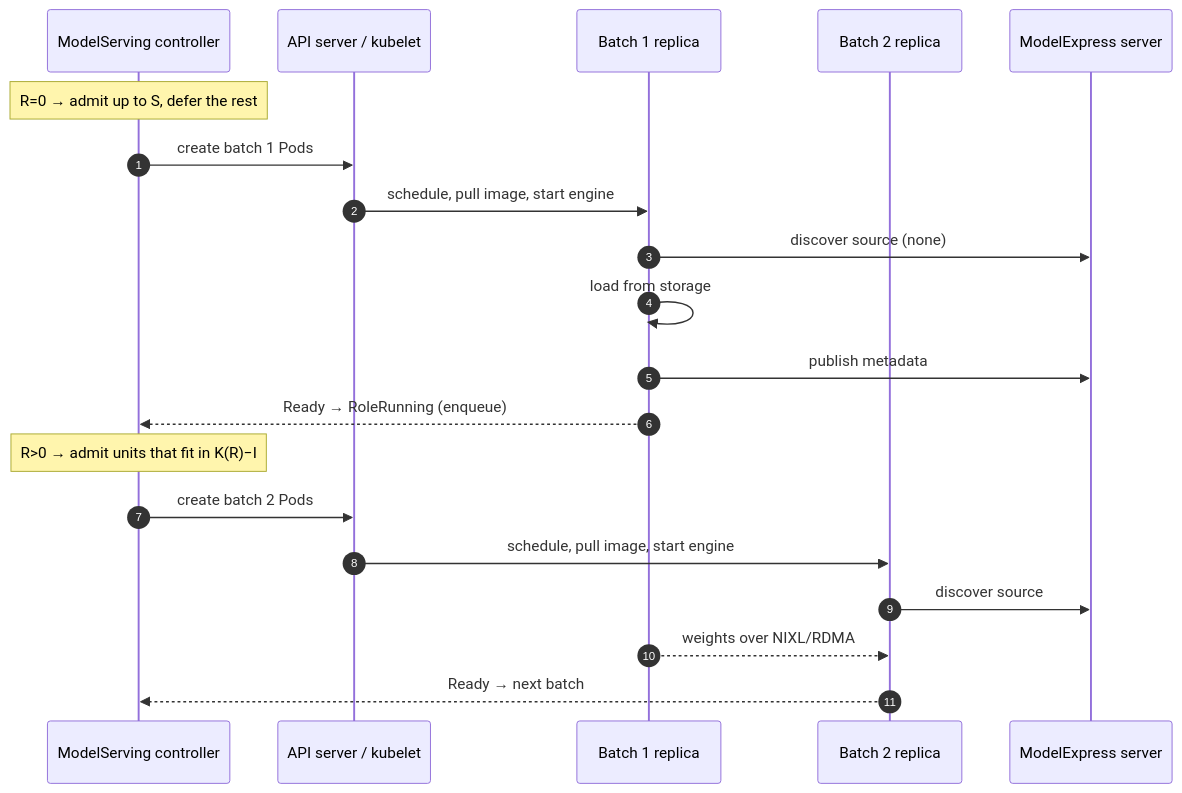
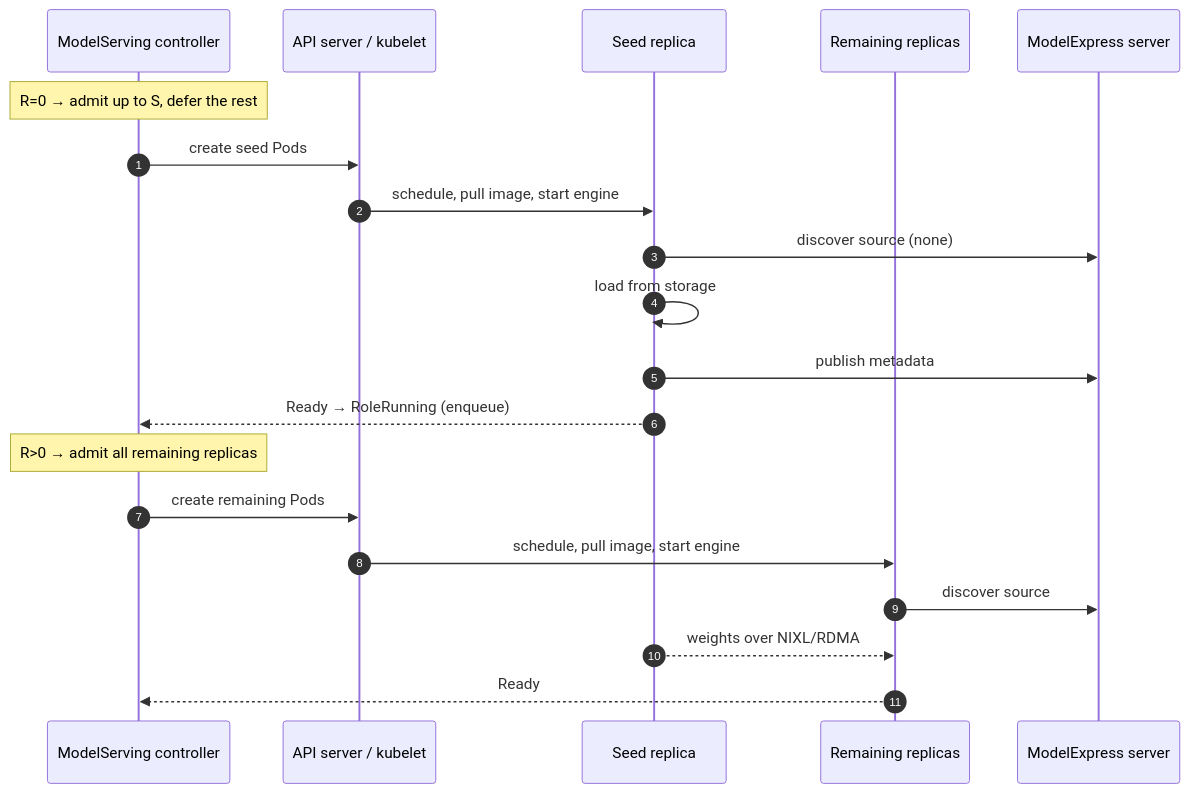
Before and after one commit to volcano-sh/kthena: the diagram in docs/proposal/modelserving-modelexpress-startup-acceleration.md, drawn with Mermaid. The commit also changed other lines of this file and 6 other files, not shown here.

````diff
--- a/docs/proposal/modelserving-modelexpress-startup-acceleration.md
+++ b/docs/proposal/modelserving-modelexpress-startup-acceleration.md
@@ -64,23 +64,23 @@
 ```mermaid
 sequenceDiagram
     autonumber
     participant C as ModelServing controller
     participant K as API server / kubelet
-    participant A as Batch 1 replica
-    participant B as Batch 2 replica
+    participant A as Seed replica
+    participant B as Remaining replicas
     participant MX as ModelExpress server
 
     Note over C: R=0 → admit up to S, defer the rest
-    C->>K: create batch 1 Pods
+    C->>K: create seed Pods
     K->>A: schedule, pull image, start engine
     A->>MX: discover source (none)
     A->>A: load from storage
     A->>MX: publish metadata
     A-->>C: Ready → RoleRunning (enqueue)
-    Note over C: R>0 → admit units that fit in K(R)−I
-    C->>K: create batch 2 Pods
+    Note over C: R>0 → admit all remaining replicas
+    C->>K: create remaining Pods
     K->>B: schedule, pull image, start engine
     B->>MX: discover source
     A-->>B: weights over NIXL/RDMA
-    B-->>C: Ready → next batch
+    B-->>C: Ready
 ```
````
